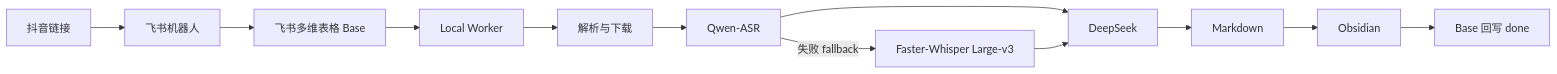
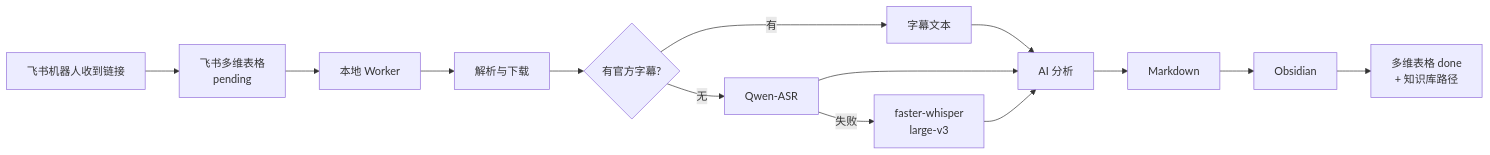
One commit to Chopper888/xxsj-fs-ob changed the diagram in README.md. Above: the diagram before and after it, drawn with Mermaid. The commit also changed other lines of this file and 167 other files, not shown here.

````diff
--- a/README.md
+++ b/README.md
@@ -32,14 +21,16 @@
 ```mermaid
 flowchart LR
-    A[抖音链接] --> B[飞书机器人]
-    B --> C[飞书多维表格 Base]
-    C --> D[Local Worker]
-    D --> E[解析与下载]
-    E --> F[Qwen-ASR]
-    F -->|失败 fallback| G[Faster-Whisper Large-v3]
-    F --> H[DeepSeek]
-    G --> H
-    H --> I[Markdown]
-    I --> J[Obsidian]
-    J --> K[Base 回写 done]
+    A[飞书机器人收到链接] --> B[飞书多维表格<br/>pending]
+    B --> C[本地 Worker]
+    C --> D[解析与下载]
+    D --> E{有官方字幕?}
+    E -->|有| F[字幕文本]
+    E -->|无| G[Qwen-ASR]
+    G -->|失败| H[faster-whisper<br/>large-v3]
+    F --> I[AI 分析]
+    G --> I
+    H --> I
+    I --> J[Markdown]
+    J --> K[Obsidian]
+    K --> L[多维表格 done<br/>+ 知识库路径]
 ```
````
